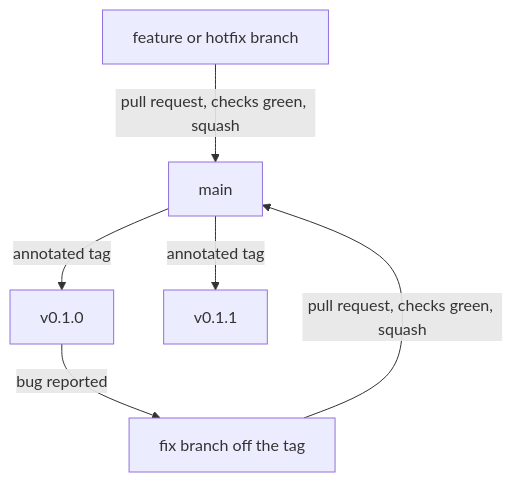
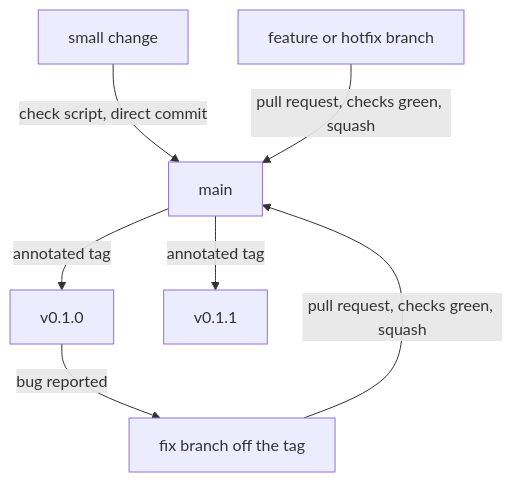
One commit to eldritch-codex/nodens changed the diagram in docs/BRANCHING.md. Above: the diagram before and after it, drawn with Mermaid. The commit also changed other lines of this file and 2 other files, not shown here.

First line of the commit message:
docs(branching): route small changes direct and risky ones through a PR

````diff
--- a/docs/BRANCHING.md
+++ b/docs/BRANCHING.md
@@ -28,8 +28,9 @@
 ```mermaid
 flowchart TD
-  A[feature or hotfix branch] -->|pull request, checks green, squash| B[main]
+  X[small change] -->|check script, direct commit| B[main]
+  A[feature or hotfix branch] -->|pull request, checks green, squash| B
   B -->|annotated tag| C[v0.1.0]
   C -->|bug reported| D[fix branch off the tag]
   D -->|pull request, checks green, squash| B
   B -->|annotated tag| E[v0.1.1]
 ```
````
